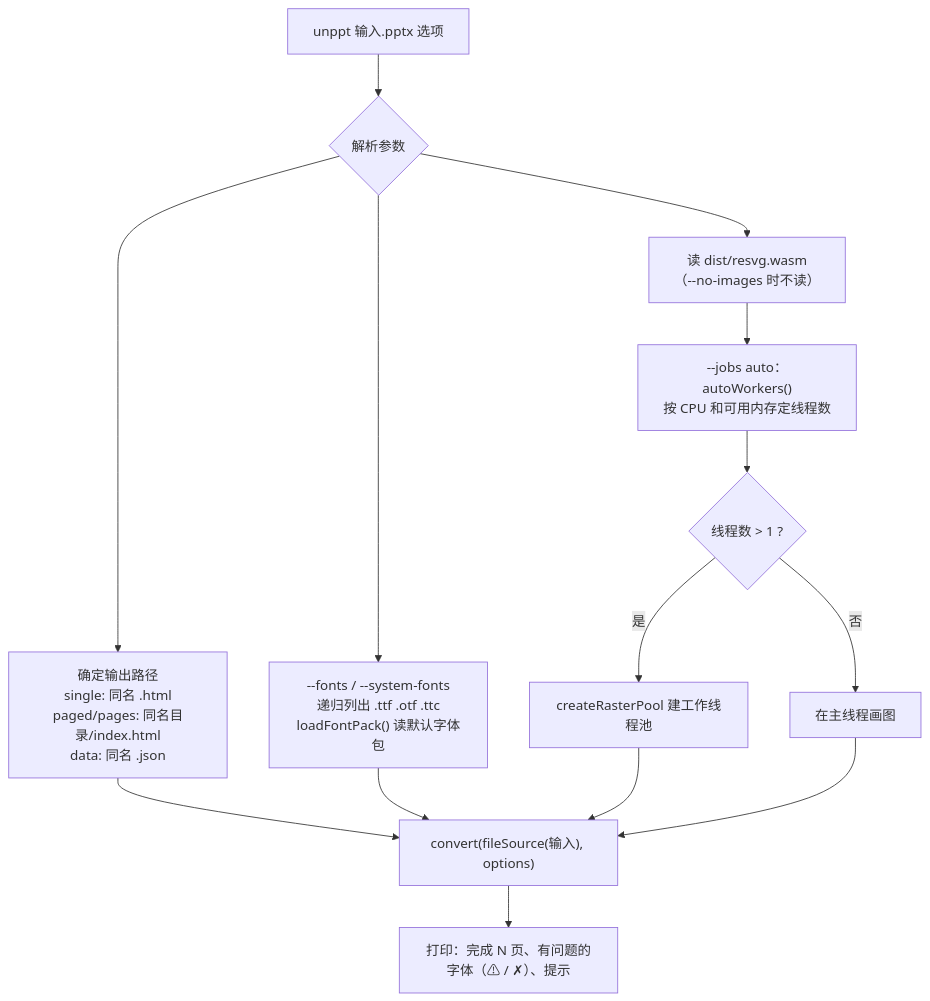
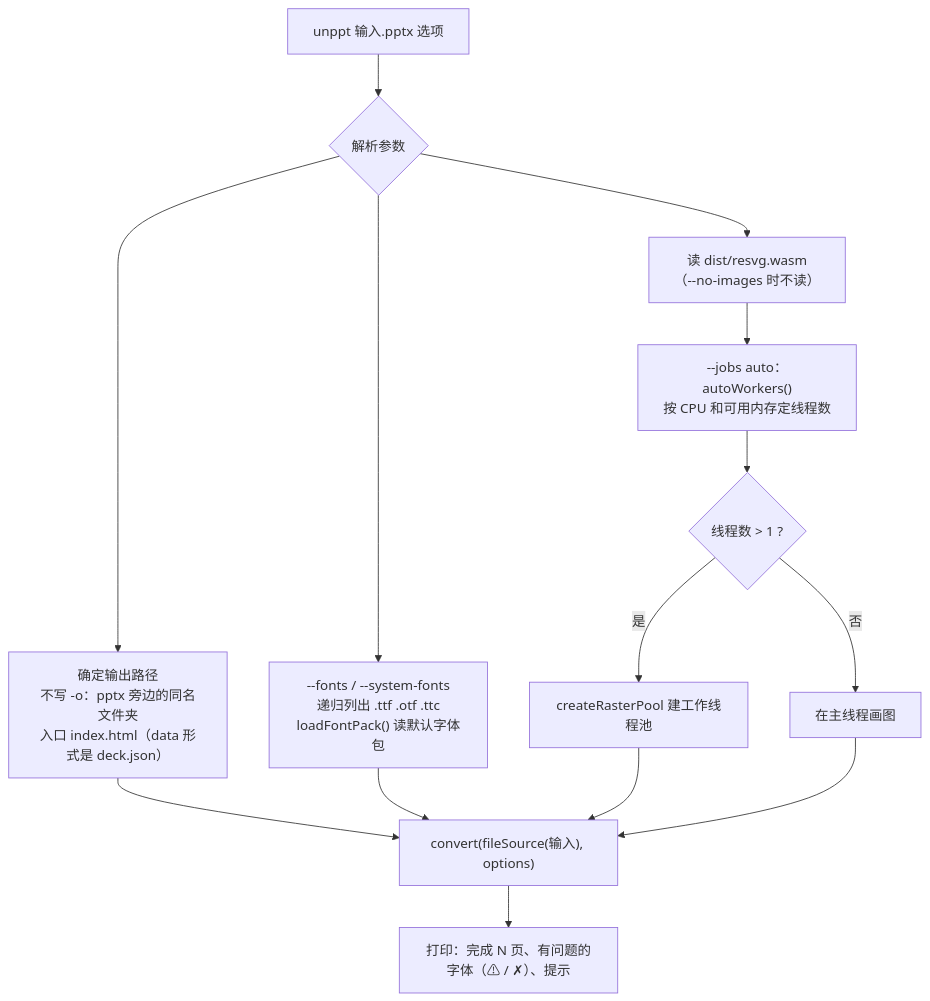
Before and after one commit to spitmaster/unppt: the fourth of 22 diagrams in docs/zh/transcoding.md, drawn with Mermaid. The commit also changed other lines of this file and 1 other file, not shown here.

Commit message:
docs: 转码原理对照 0.3.1 代码更新——思源字体按缺字体替代（SPEC D3 ⑩）、可变字体取 Regular / Bold 实例、符号字体子集化前换 cmap、显示字形放进原字体格子；缩进 1/20 磅和"行首起点 + 行宽 + 右缩进"取整到 1/8 磅的断行规则、水平居中 anchorCtr（含表格单元格）、项目符号的新规则、人工加粗的颜料；图表文字字体 chart-fonts.ts、饼图最佳位置标签；公式 Fallback 图片正着铺；出图按能画全文字选字体；不写 -o 时的输出位置；效果数字换成 0.3.1

````diff
--- a/docs/zh/transcoding.md
+++ b/docs/zh/transcoding.md
@@ -211,13 +211,13 @@
 ```mermaid
 flowchart TD
   A["unppt 输入.pptx 选项"] --> B{"解析参数"}
-  B --> C["确定输出路径<br/>single: 同名 .html<br/>paged/pages: 同名目录/index.html<br/>data: 同名 .json"]
+  B --> C["确定输出路径<br/>不写 -o：pptx 旁边的同名文件夹<br/>入口 index.html（data 形式是 deck.json）"]
   B --> D["--fonts / --system-fonts<br/>递归列出 .ttf .otf .ttc<br/>loadFontPack() 读默认字体包"]
   B --> E["读 dist/resvg.wasm<br/>（--no-images 时不读）"]
   E --> F["--jobs auto：autoWorkers()<br/>按 CPU 和可用内存定线程数"]
   F --> G{"线程数 > 1 ?"}
   G -->|是| H["createRasterPool 建工作线程池"]
   G -->|否| I["在主线程画图"]
   C & D & H & I --> J["convert(fileSource(输入), options)"]
   J --> K["打印：完成 N 页、有问题的字体（⚠ / ✗）、提示"]
 ```
````
